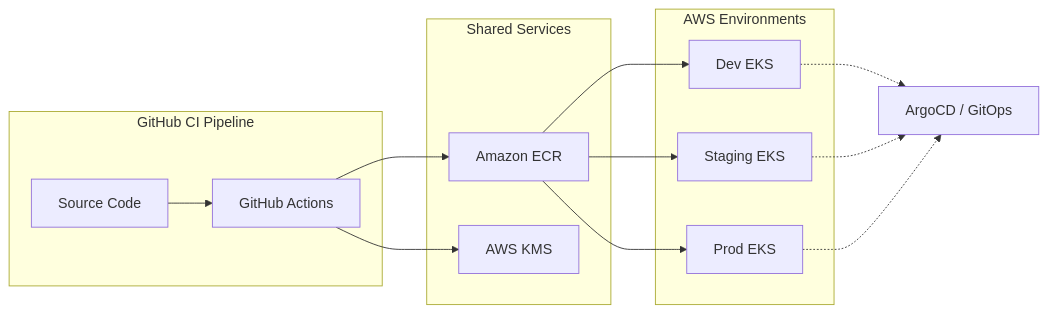
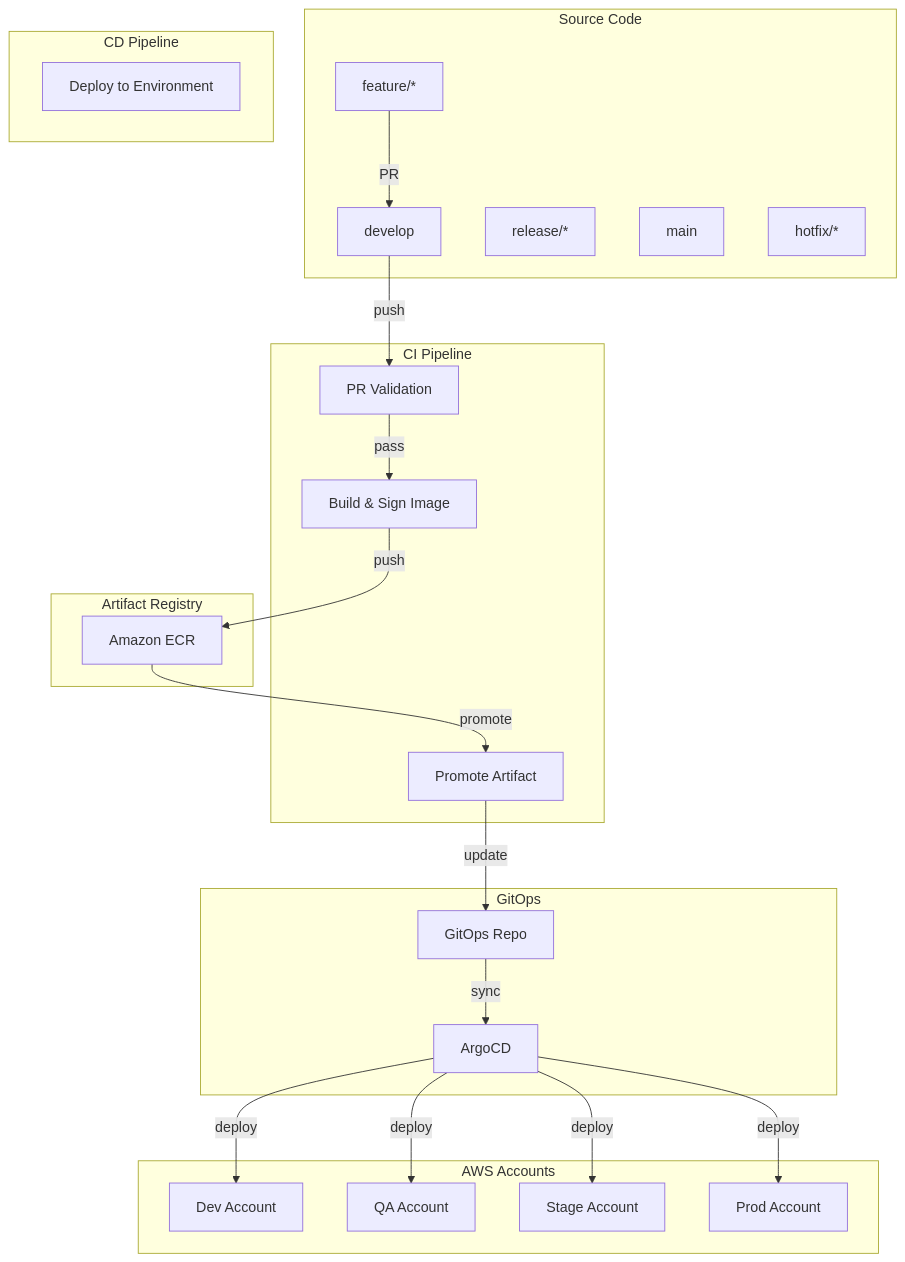
One commit to hemuku90/python-ci-cd changed the first of 2 diagrams in CI-CD.md. Above: the diagram before and after it, drawn with Mermaid. The commit also changed other lines of this file and 5 other files, not shown here.

Commit message:
adding production grade action flow

````diff
--- a/CI-CD.md
+++ b/CI-CD.md
@@ -9,29 +24,48 @@
 ```mermaid
-graph LR
-    subgraph CI ["GitHub CI Pipeline"]
-        GHA[GitHub Actions]
-        Repo[Source Code]
+graph TB
+    subgraph Source["Source Code"]
+        Feature[feature/*]
+        Develop[develop]
+        Release[release/*]
+        Main[main]
+        Hotfix[hotfix/*]
     end
 
-    subgraph Registry ["Shared Services"]
-        ECR[Amazon ECR]
-        KMS[AWS KMS]
+    subgraph CI["CI Pipeline"]
+        PRV[PR Validation]
+        Build[Build & Sign Image]
+        Promote[Promote Artifact]
     end
 
-    subgraph Environments ["AWS Environments"]
-        Dev[Dev EKS]
-        Staging[Staging EKS]
-        Prod[Prod EKS]
+    subgraph Registry["Artifact Registry"]
+        ECR[Amazon ECR]
     end
 
-    Repo --> GHA
-    GHA --> ECR
-    GHA --> KMS
-    ECR --> Dev
-    ECR --> Staging
-    ECR --> Prod
-    
-    Dev -.-> Argo[ArgoCD / GitOps]
-    Staging -.-> Argo
-    Prod -.-> Argo
+    subgraph CD["CD Pipeline"]
+        Deploy[Deploy to Environment]
+    end
+
+    subgraph GitOps["GitOps"]
+        GitOpsRepo[GitOps Repo]
+        Argo[ArgoCD]
+    end
+
+    subgraph AWS["AWS Accounts"]
+        DevAWS[Dev Account]
+        QAAWS[QA Account]
+        StageAWS[Stage Account]
+        ProdAWS[Prod Account]
+    end
+
+    Feature -->|PR| Develop
+    Develop -->|push| PRV
+    PRV -->|pass| Build
+    Build -->|push| ECR
+    ECR -->|promote| Promote
+    Promote -->|update| GitOpsRepo
+    GitOpsRepo -->|sync| Argo
+    Argo -->|deploy| DevAWS
+    Argo -->|deploy| QAAWS
+    Argo -->|deploy| StageAWS
+    Argo -->|deploy| ProdAWS
 ```
````
